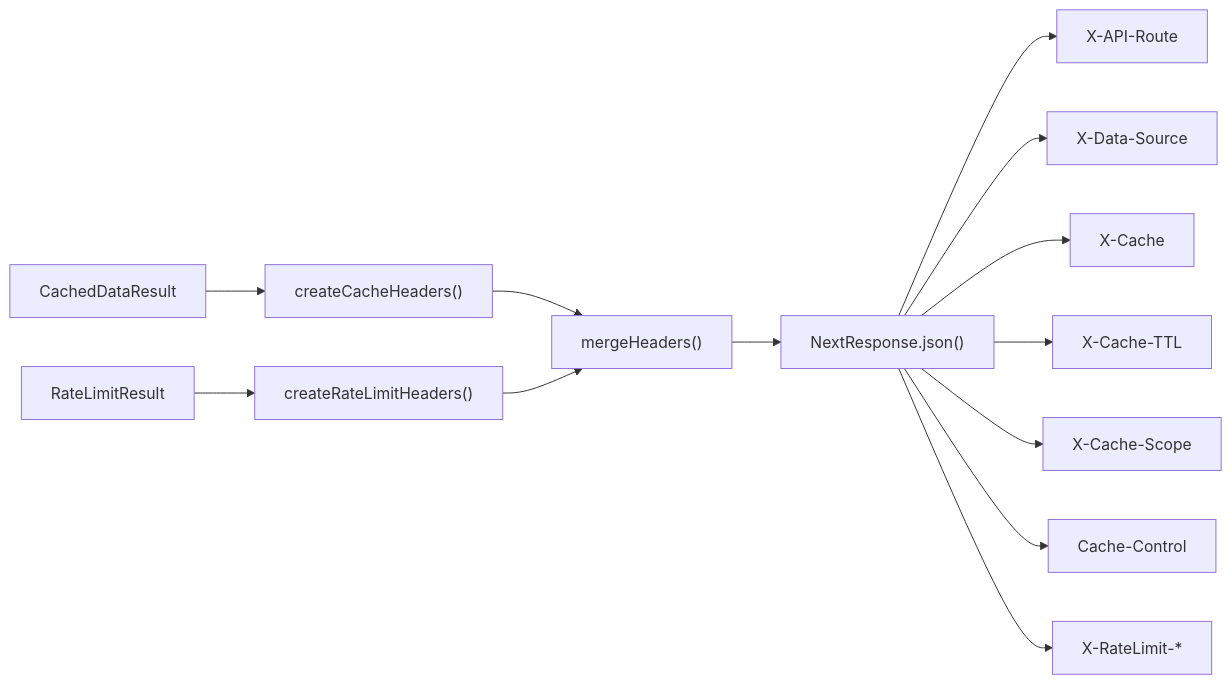
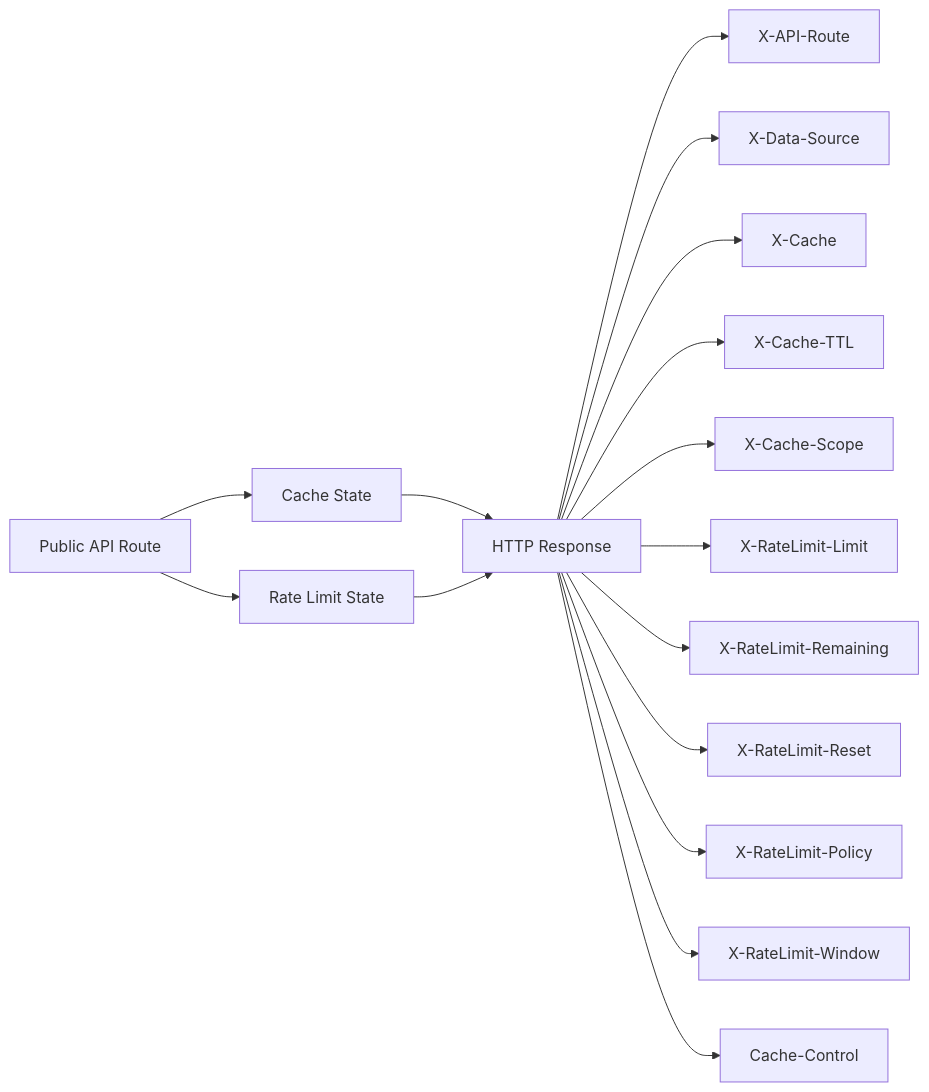
Before and after one commit to BlockShield-Systems/swiss-market-dashboard: the sixth of 12 diagrams in docs/architecture-diagrams.md, drawn with Mermaid. The commit also changed other lines of this file and 9 other files, not shown here.

````diff
--- a/docs/architecture-diagrams.md
+++ b/docs/architecture-diagrams.md
@@ -219,18 +232,24 @@
 ```mermaid
 flowchart LR
-  DataResult["CachedDataResult"] --> CacheHeaders["createCacheHeaders()"]
-  RateLimitResult["RateLimitResult"] --> RateLimitHeaders["createRateLimitHeaders()"]
+  Route["Public API Route"]
+  Cache["Cache State"]
+  RateLimit["Rate Limit State"]
+  Response["HTTP Response"]
 
-  CacheHeaders --> Merge["mergeHeaders()"]
-  RateLimitHeaders --> Merge
+  Route --> Cache
+  Route --> RateLimit
+  Cache --> Response
+  RateLimit --> Response
 
-  Merge --> Response["NextResponse.json()"]
-
-  Response --> H1["X-API-Route"]
-  Response --> H2["X-Data-Source"]
-  Response --> H3["X-Cache"]
-  Response --> H4["X-Cache-TTL"]
-  Response --> H5["X-Cache-Scope"]
-  Response --> H6["Cache-Control"]
-  Response --> H7["X-RateLimit-*"]
+  Response --> ApiRoute["X-API-Route"]
+  Response --> DataSource["X-Data-Source"]
+  Response --> CacheHeader["X-Cache"]
+  Response --> CacheTtl["X-Cache-TTL"]
+  Response --> CacheScope["X-Cache-Scope"]
+  Response --> Limit["X-RateLimit-Limit"]
+  Response --> Remaining["X-RateLimit-Remaining"]
+  Response --> Reset["X-RateLimit-Reset"]
+  Response --> Policy["X-RateLimit-Policy"]
+  Response --> Window["X-RateLimit-Window"]
+  Response --> CacheControl["Cache-Control"]
 ```
````
